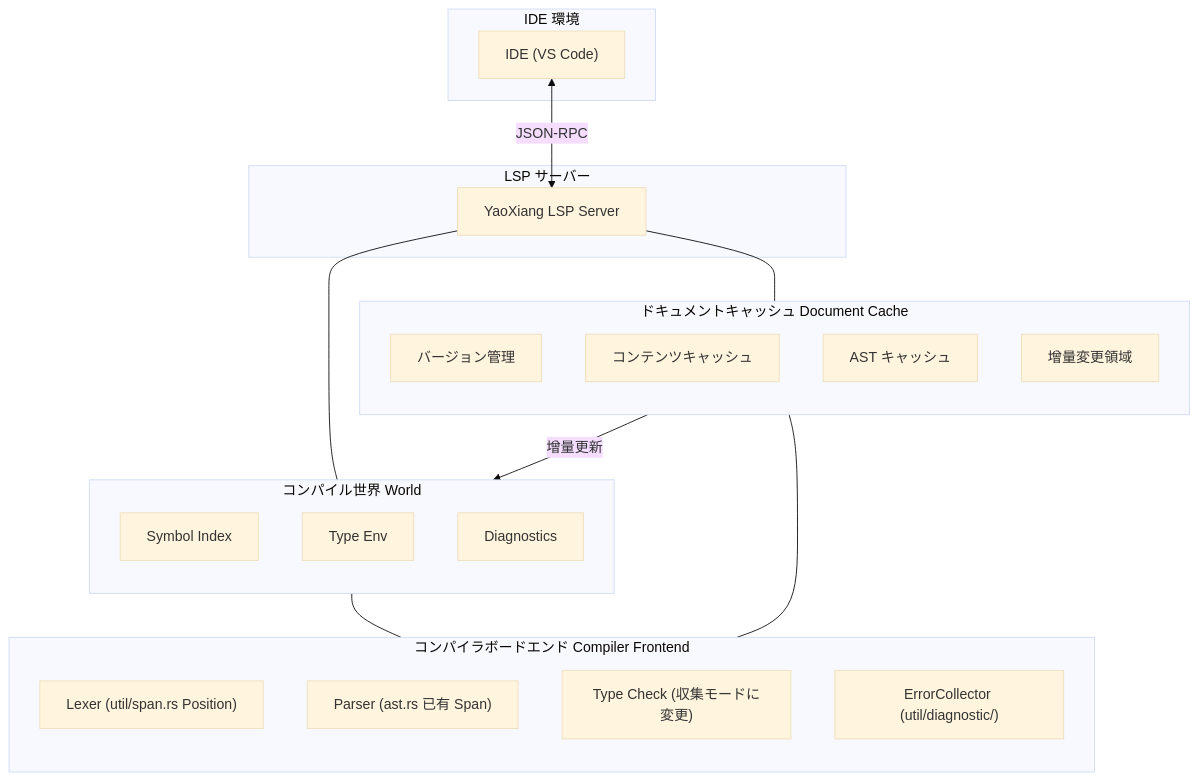
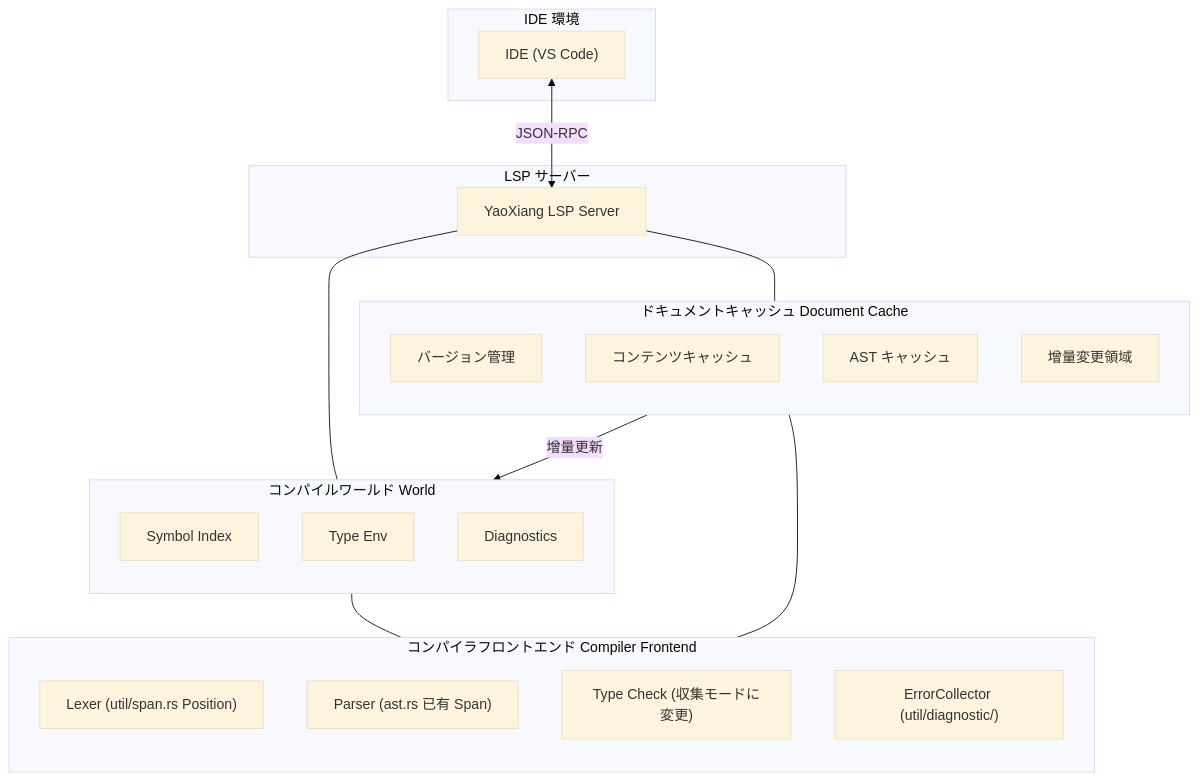
The diagram in docs/src/ja/design/rfc/accepted/017-lsp-support.md (ChenXu233/YaoXiang), drawn with Mermaid (base theme) before and after one commit. The commit also changed other lines of this file and 236 other files, not shown here.

````diff
--- a/docs/src/ja/design/rfc/accepted/017-lsp-support.md
+++ b/docs/src/ja/design/rfc/accepted/017-lsp-support.md
@@ -138,43 +138,43 @@
 ```mermaid
 flowchart TD
     subgraph IDE_Environment [IDE 環境]
         IDE["IDE (VS Code)"]
     end
 
     subgraph LSP_Server [LSP サーバー]
         LSP["YaoXiang LSP Server"]
     end
 
-    subgraph World_Compile [コンパイル世界 World]
+    subgraph World_Compile [コンパイルワールド World]
         direction TB
         W_Symbol["Symbol Index"]
         W_Type["Type Env"]
         W_Diag["Diagnostics"]
     end
 
     subgraph Cache [ドキュメントキャッシュ Document Cache]
         direction TB
         C_Version["バージョン管理"]
         C_Content["コンテンツキャッシュ"]
         C_AST["AST キャッシュ"]
         C_Delta["增量変更領域"]
     end
 
-    subgraph Frontend [コンパイラボードエンド Compiler Frontend]
+    subgraph Frontend [コンパイラフロントエンド Compiler Frontend]
         direction TB
         F_Lexer["Lexer (util/span.rs Position)"]
         F_Parser["Parser (ast.rs 已有 Span)"]
         F_TypeCheck["Type Check (収集モードに変更)"]
         F_ErrorCollector["ErrorCollector (util/diagnostic/)"]
     end
 
     IDE <-->|JSON-RPC| LSP
 
     LSP --- World_Compile
     LSP --- Cache
 
     Cache -- "增量更新" --> World_Compile
 
     World_Compile --- Frontend
     Cache --- Frontend
 ```
````
